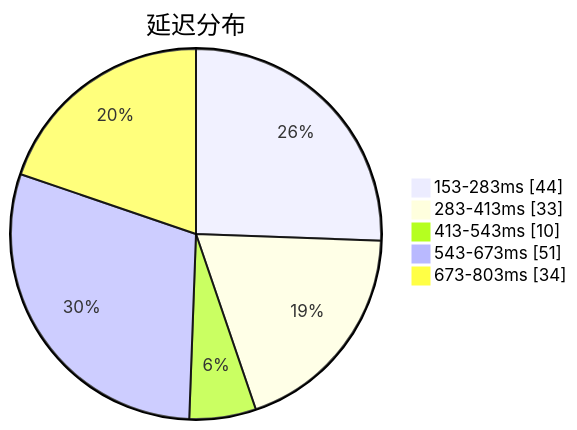
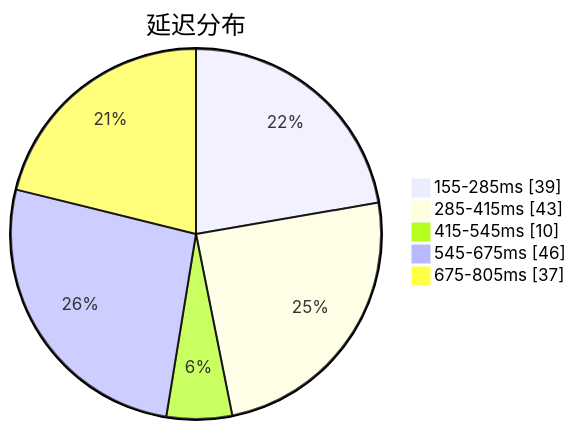
The first of 3 diagrams in subs/statistics/tested_within.md (qjlxg/airport), drawn with Mermaid before and after one commit. The commit also changed other lines of this file and 2 other files, not shown here.

````diff
--- a/subs/statistics/tested_within.md
+++ b/subs/statistics/tested_within.md
@@ -2,9 +2,9 @@
 ```mermaid
 pie showData
 title 延迟分布
-"153-283ms" : 44
-"283-413ms" : 33
-"413-543ms" : 10
-"543-673ms" : 51
-"673-803ms" : 34
+"155-285ms" : 39
+"285-415ms" : 43
+"415-545ms" : 10
+"545-675ms" : 46
+"675-805ms" : 37
 ```
````
